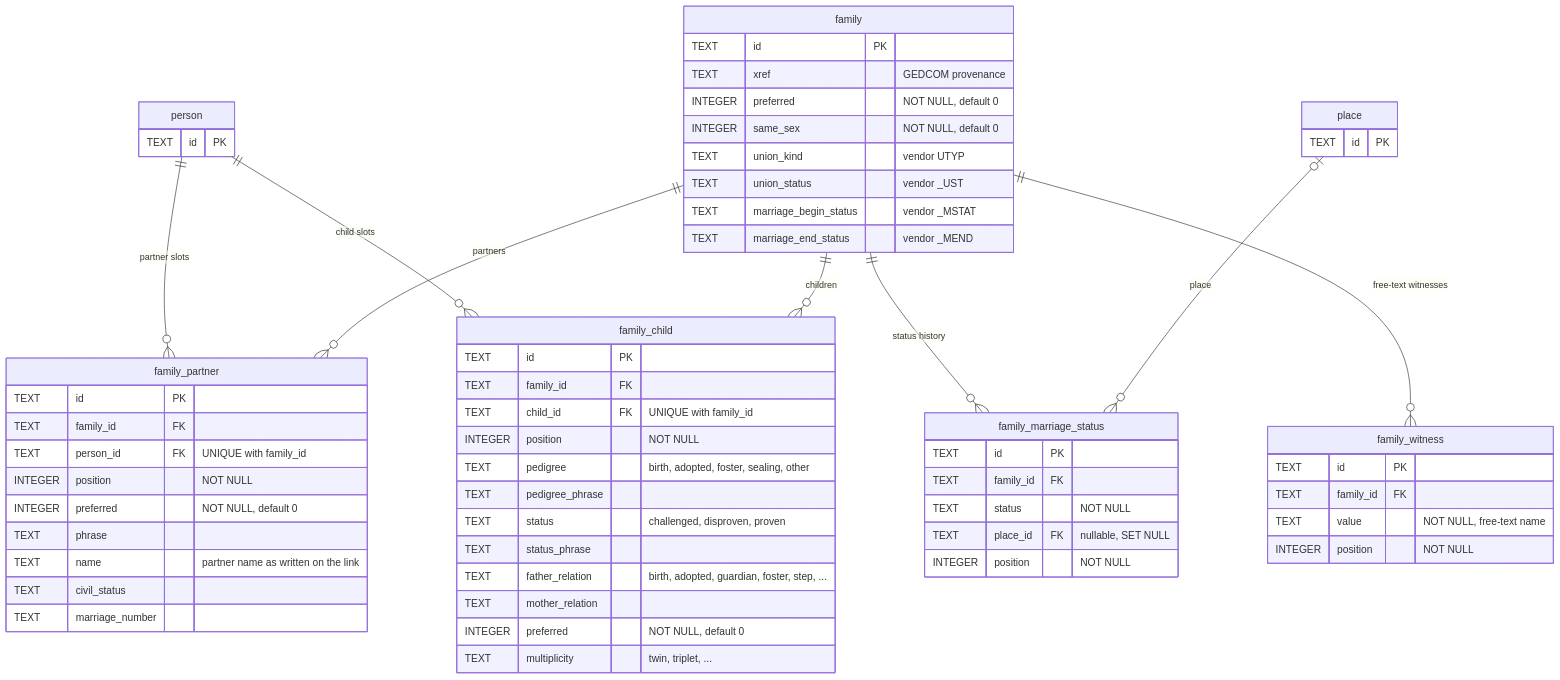
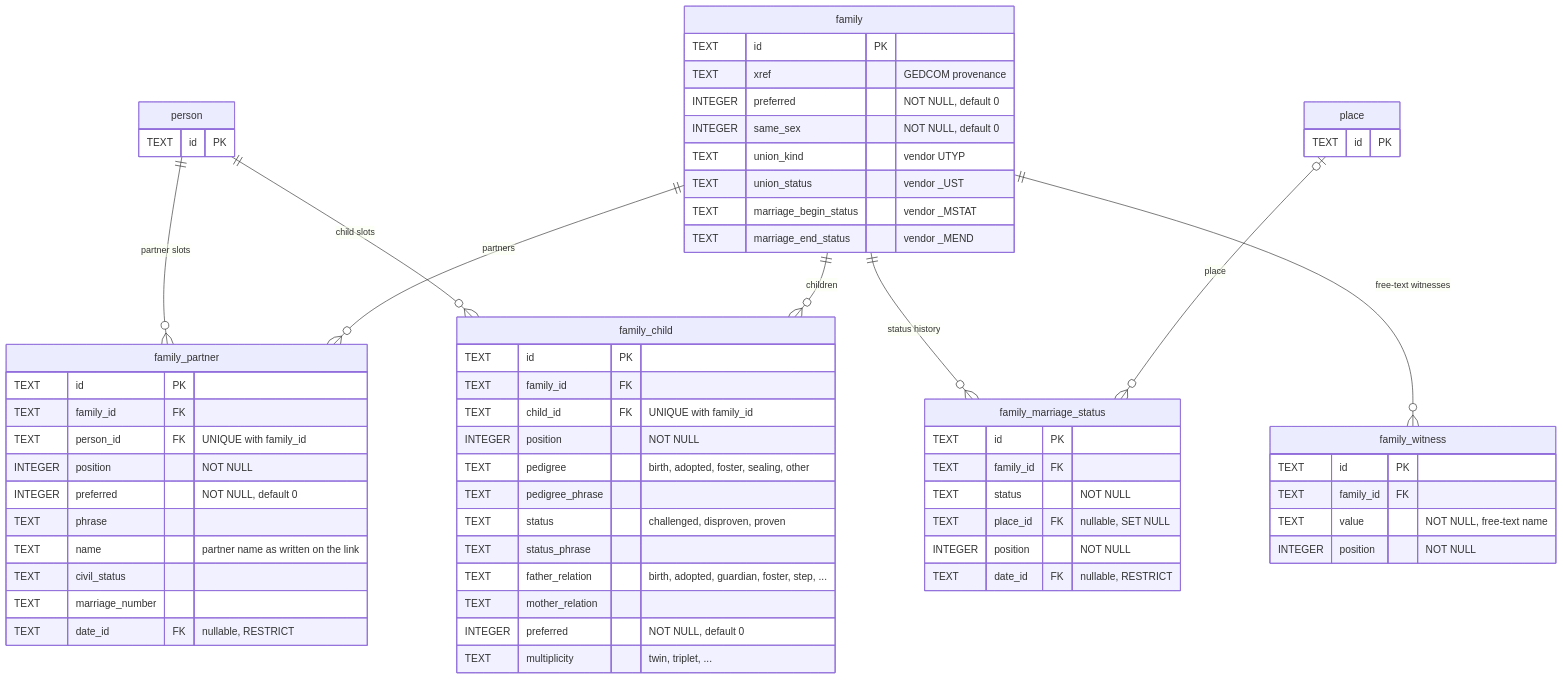
One commit to borisovodov/doru changed the second of 12 diagrams in docs/db-schema.md. Above: the diagram before and after it, drawn with Mermaid. The commit also changed other lines of this file and 14 other files, not shown here.

````diff
--- a/docs/db-schema.md
+++ b/docs/db-schema.md
@@ -137,71 +137,73 @@
 ```mermaid
 erDiagram
     person ||--o{ family_partner : "partner slots"
     family ||--o{ family_partner : "partners"
     person ||--o{ family_child : "child slots"
     family ||--o{ family_child : "children"
     family ||--o{ family_marriage_status : "status history"
     place |o--o{ family_marriage_status : "place"
     family ||--o{ family_witness : "free-text witnesses"
 
     family {
         TEXT id PK
         TEXT xref "GEDCOM provenance"
         INTEGER preferred "NOT NULL, default 0"
         INTEGER same_sex "NOT NULL, default 0"
         TEXT union_kind "vendor UTYP"
         TEXT union_status "vendor _UST"
         TEXT marriage_begin_status "vendor _MSTAT"
         TEXT marriage_end_status "vendor _MEND"
     }
 
     family_partner {
         TEXT id PK
         TEXT family_id FK
         TEXT person_id FK "UNIQUE with family_id"
         INTEGER position "NOT NULL"
         INTEGER preferred "NOT NULL, default 0"
         TEXT phrase
         TEXT name "partner name as written on the link"
         TEXT civil_status
         TEXT marriage_number
+        TEXT date_id FK "nullable, RESTRICT"
     }
 
     family_child {
         TEXT id PK
         TEXT family_id FK
         TEXT child_id FK "UNIQUE with family_id"
         INTEGER position "NOT NULL"
         TEXT pedigree "birth, adopted, foster, sealing, other"
         TEXT pedigree_phrase
         TEXT status "challenged, disproven, proven"
         TEXT status_phrase
         TEXT father_relation "birth, adopted, guardian, foster, step, ..."
         TEXT mother_relation
         INTEGER preferred "NOT NULL, default 0"
         TEXT multiplicity "twin, triplet, ..."
     }
 
     family_marriage_status {
         TEXT id PK
         TEXT family_id FK
         TEXT status "NOT NULL"
         TEXT place_id FK "nullable, SET NULL"
         INTEGER position "NOT NULL"
+        TEXT date_id FK "nullable, RESTRICT"
     }
 
     family_witness {
         TEXT id PK
         TEXT family_id FK
         TEXT value "NOT NULL, free-text name"
         INTEGER position "NOT NULL"
     }
 
     person {
         TEXT id PK
     }
 
     place {
         TEXT id PK
     }
 ```
````
